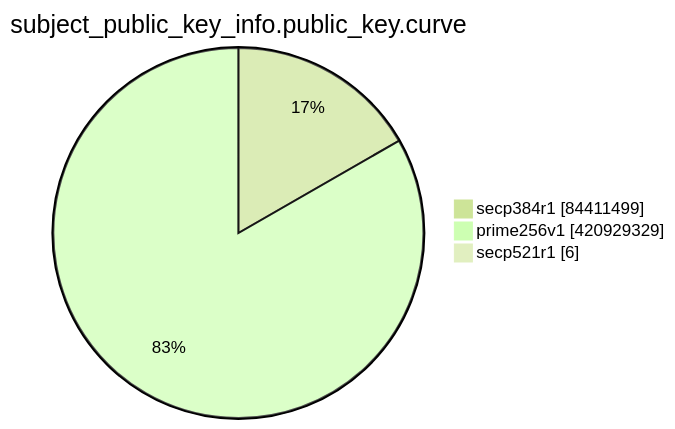
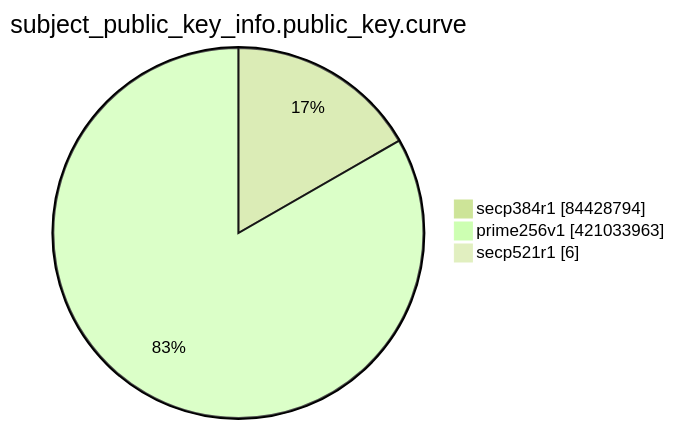
The eighth of 15 diagrams in TOTAL/README.md (christiankrug/ctmonitor_visualization), drawn with Mermaid (forest theme) before and after one commit. The commit also changed other lines of this file, not shown here.

````diff
--- a/TOTAL/README.md
+++ b/TOTAL/README.md
@@ -3099,7 +3099,7 @@
 ```mermaid
 pie showData
 title subject_public_key_info.public_key.curve
-"secp384r1" :84411499
-"prime256v1" :420929329
+"secp384r1" :84428794
+"prime256v1" :421033963
 "secp521r1" :6
 ```
````
